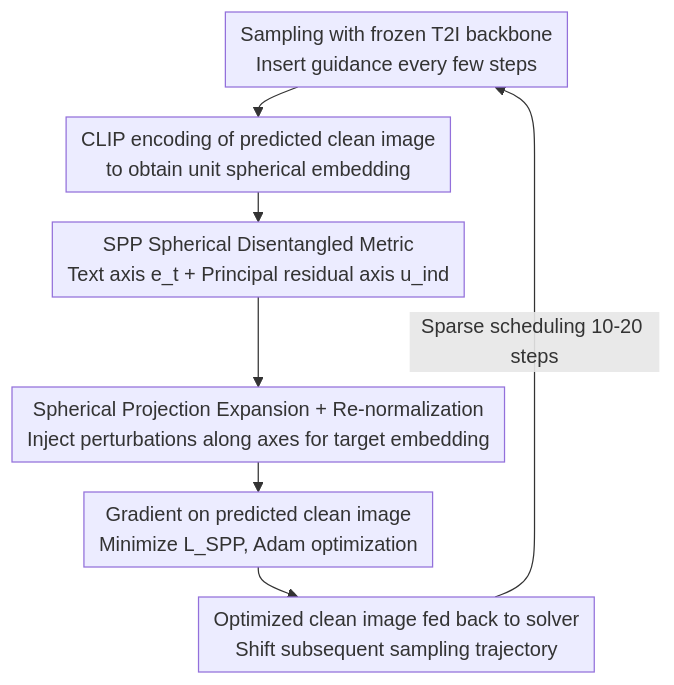
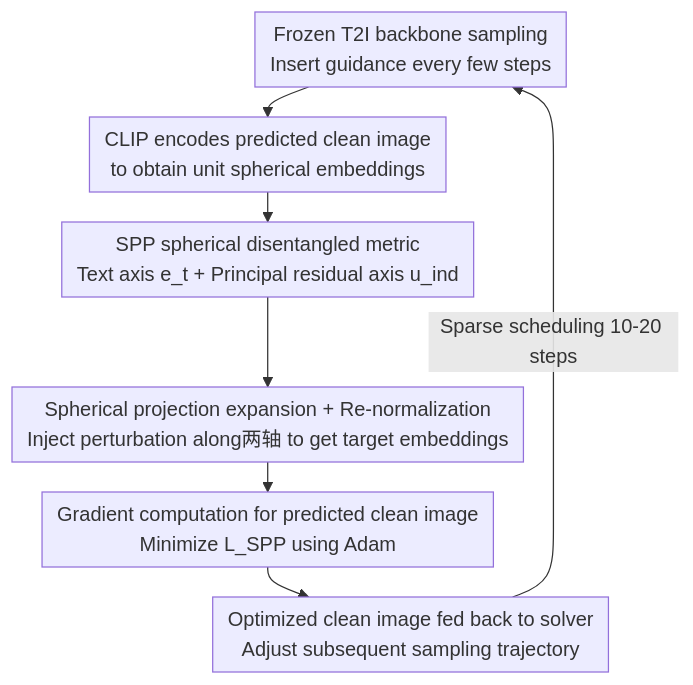
Before and after one commit to zhaoyang97/Paper-Notes-en: the diagram in docs/ICML2026/image_generation/gass_geometry-aware_spherical_sampling_for_disentangled_diversity_enhancement_in.md, drawn with Mermaid. The commit also changed other lines of this file and 5084 other files, not shown here.

````diff
--- a/docs/ICML2026/image_generation/gass_geometry-aware_spherical_sampling_for_disentangled_diversity_enhancement_in.md
+++ b/docs/ICML2026/image_generation/gass_geometry-aware_spherical_sampling_for_disentangled_diversity_enhancement_in.md
@@ -42,10 +42,10 @@
 ```mermaid
 %%{init: {'flowchart': {'rankSpacing': 24, 'nodeSpacing': 28, 'padding': 6, 'wrappingWidth': 400}}}%%
 flowchart TD
-    A["Sampling with frozen T2I backbone<br/>Insert guidance every few steps"] --> B["CLIP encoding of predicted clean image<br/>to obtain unit spherical embedding"]
-    B --> C["SPP Spherical Disentangled Metric<br/>Text axis e_t + Principal residual axis u_ind"]
-    C --> D["Spherical Projection Expansion + Re-normalization<br/>Inject perturbations along axes for target embedding"]
-    D --> E["Gradient on predicted clean image<br/>Minimize L_SPP, Adam optimization"]
-    E --> F["Optimized clean image fed back to solver<br/>Shift subsequent sampling trajectory"]
+    A["Frozen T2I backbone sampling<br/>Insert guidance every few steps"] --> B["CLIP encodes predicted clean image<br/>to obtain unit spherical embeddings"]
+    B --> C["SPP spherical disentangled metric<br/>Text axis e_t + Principal residual axis u_ind"]
+    C --> D["Spherical projection expansion + Re-normalization<br/>Inject perturbation along两轴 to get target embeddings"]
+    D --> E["Gradient computation for predicted clean image<br/>Minimize L_SPP using Adam"]
+    E --> F["Optimized clean image fed back to solver<br/>Adjust subsequent sampling trajectory"]
     F -->|Sparse scheduling 10-20 steps| A
 ```
````
